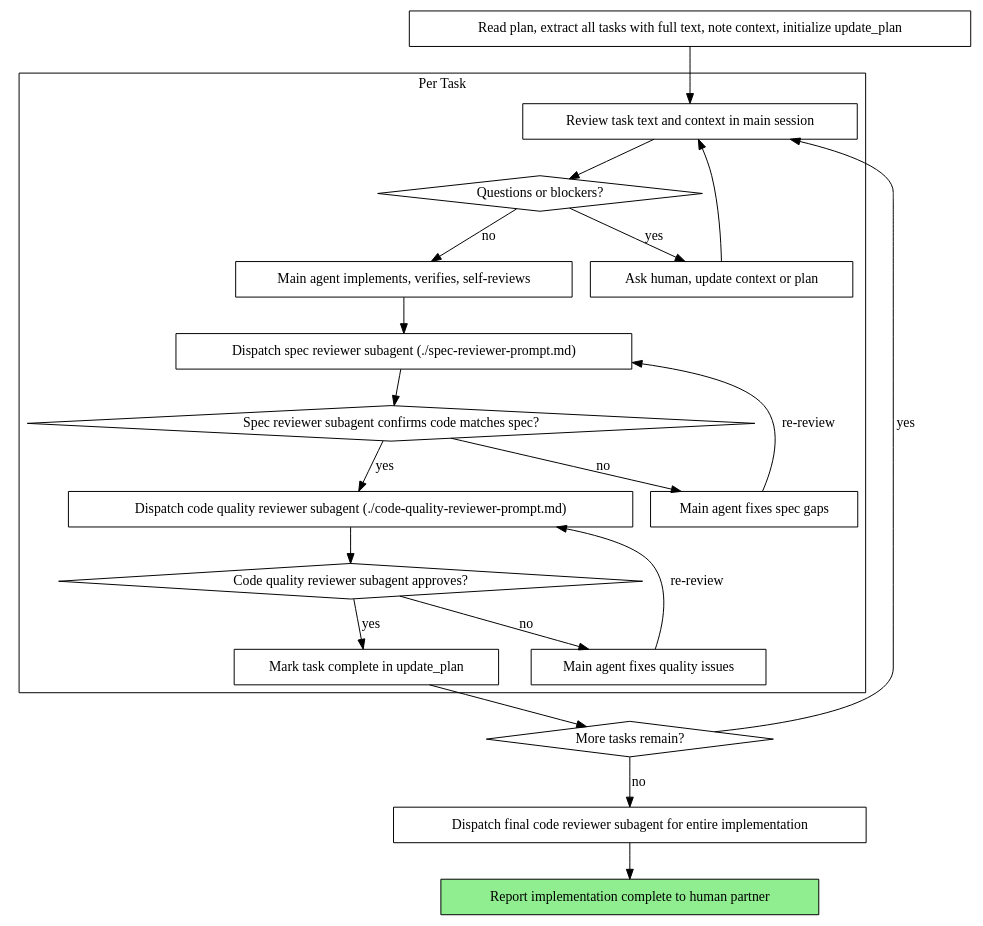
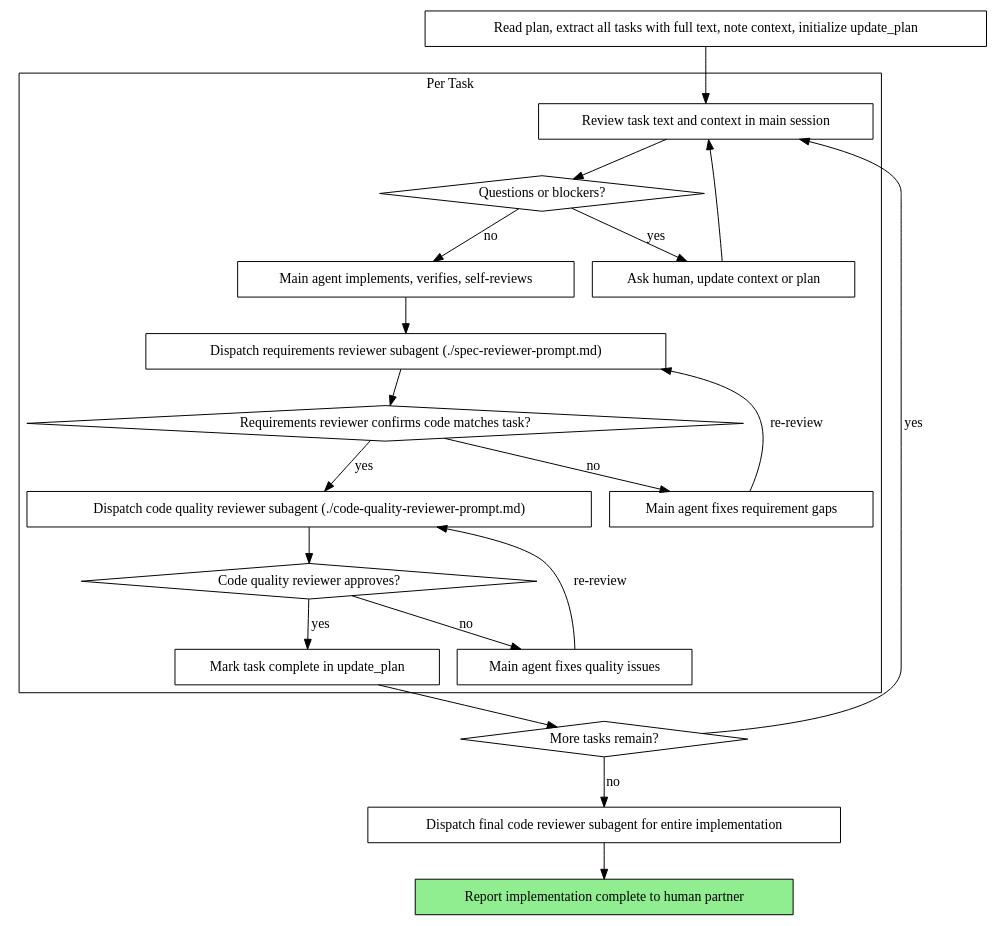
The second of 2 diagrams in skills/subagent-driven-development/SKILL.md (chitao1234/superpowers), drawn with Graphviz before and after one commit. The commit also changed other lines of this file and 9 other files, not shown here.

Commit message:
docs: merge spec and plan workflow

````diff
--- a/skills/subagent-driven-development/SKILL.md
+++ b/skills/subagent-driven-development/SKILL.md
@@ -47,44 +49,44 @@
 ```dot
 digraph process {
     rankdir=TB;
 
     subgraph cluster_per_task {
         label="Per Task";
         "Review task text and context in main session" [shape=box];
         "Questions or blockers?" [shape=diamond];
         "Ask human, update context or plan" [shape=box];
         "Main agent implements, verifies, self-reviews" [shape=box];
-        "Dispatch spec reviewer subagent (./spec-reviewer-prompt.md)" [shape=box];
-        "Spec reviewer subagent confirms code matches spec?" [shape=diamond];
-        "Main agent fixes spec gaps" [shape=box];
+        "Dispatch requirements reviewer subagent (./spec-reviewer-prompt.md)" [shape=box];
+        "Requirements reviewer confirms code matches task?" [shape=diamond];
+        "Main agent fixes requirement gaps" [shape=box];
         "Dispatch code quality reviewer subagent (./code-quality-reviewer-prompt.md)" [shape=box];
-        "Code quality reviewer subagent approves?" [shape=diamond];
+        "Code quality reviewer approves?" [shape=diamond];
         "Main agent fixes quality issues" [shape=box];
         "Mark task complete in update_plan" [shape=box];
     }
 
     "Read plan, extract all tasks with full text, note context, initialize update_plan" [shape=box];
     "More tasks remain?" [shape=diamond];
     "Dispatch final code reviewer subagent for entire implementation" [shape=box];
     "Report implementation complete to human partner" [shape=box style=filled fillcolor=lightgreen];
 
     "Read plan, extract all tasks with full text, note context, initialize update_plan" -> "Review task text and context in main session";
     "Review task text and context in main session" -> "Questions or blockers?";
     "Questions or blockers?" -> "Ask human, update context or plan" [label="yes"];
     "Ask human, update context or plan" -> "Review task text and context in main session";
     "Questions or blockers?" -> "Main agent implements, verifies, self-reviews" [label="no"];
-    "Main agent implements, verifies, self-reviews" -> "Dispatch spec reviewer subagent (./spec-reviewer-prompt.md)";
-    "Dispatch spec reviewer subagent (./spec-reviewer-prompt.md)" -> "Spec reviewer subagent confirms code matches spec?";
-    "Spec reviewer subagent confirms code matches spec?" -> "Main agent fixes spec gaps" [label="no"];
-    "Main agent fixes spec gaps" -> "Dispatch spec reviewer subagent (./spec-reviewer-prompt.md)" [label="re-review"];
-    "Spec reviewer subagent confirms code matches spec?" -> "Dispatch code quality reviewer subagent (./code-quality-reviewer-prompt.md)" [label="yes"];
-    "Dispatch code quality reviewer subagent (./code-quality-reviewer-prompt.md)" -> "Code quality reviewer subagent approves?";
-    "Code quality reviewer subagent approves?" -> "Main agent fixes quality issues" [label="no"];
+    "Main agent implements, verifies, self-reviews" -> "Dispatch requirements reviewer subagent (./spec-reviewer-prompt.md)";
+    "Dispatch requirements reviewer subagent (./spec-reviewer-prompt.md)" -> "Requirements reviewer confirms code matches task?";
+    "Requirements reviewer confirms code matches task?" -> "Main agent fixes requirement gaps" [label="no"];
+    "Main agent fixes requirement gaps" -> "Dispatch requirements reviewer subagent (./spec-reviewer-prompt.md)" [label="re-review"];
+    "Requirements reviewer confirms code matches task?" -> "Dispatch code quality reviewer subagent (./code-quality-reviewer-prompt.md)" [label="yes"];
+    "Dispatch code quality reviewer subagent (./code-quality-reviewer-prompt.md)" -> "Code quality reviewer approves?";
+    "Code quality reviewer approves?" -> "Main agent fixes quality issues" [label="no"];
     "Main agent fixes quality issues" -> "Dispatch code quality reviewer subagent (./code-quality-reviewer-prompt.md)" [label="re-review"];
-    "Code quality reviewer subagent approves?" -> "Mark task complete in update_plan" [label="yes"];
+    "Code quality reviewer approves?" -> "Mark task complete in update_plan" [label="yes"];
     "Mark task complete in update_plan" -> "More tasks remain?";
     "More tasks remain?" -> "Review task text and context in main session" [label="yes"];
     "More tasks remain?" -> "Dispatch final code reviewer subagent for entire implementation" [label="no"];
     "Dispatch final code reviewer subagent for entire implementation" -> "Report implementation complete to human partner";
 }
 ```
````
